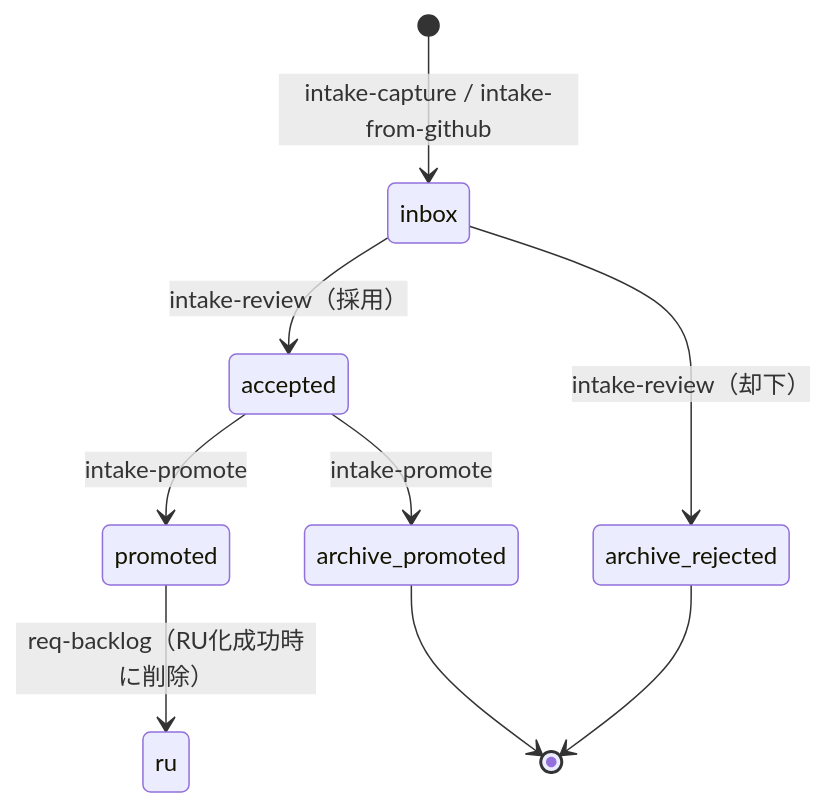
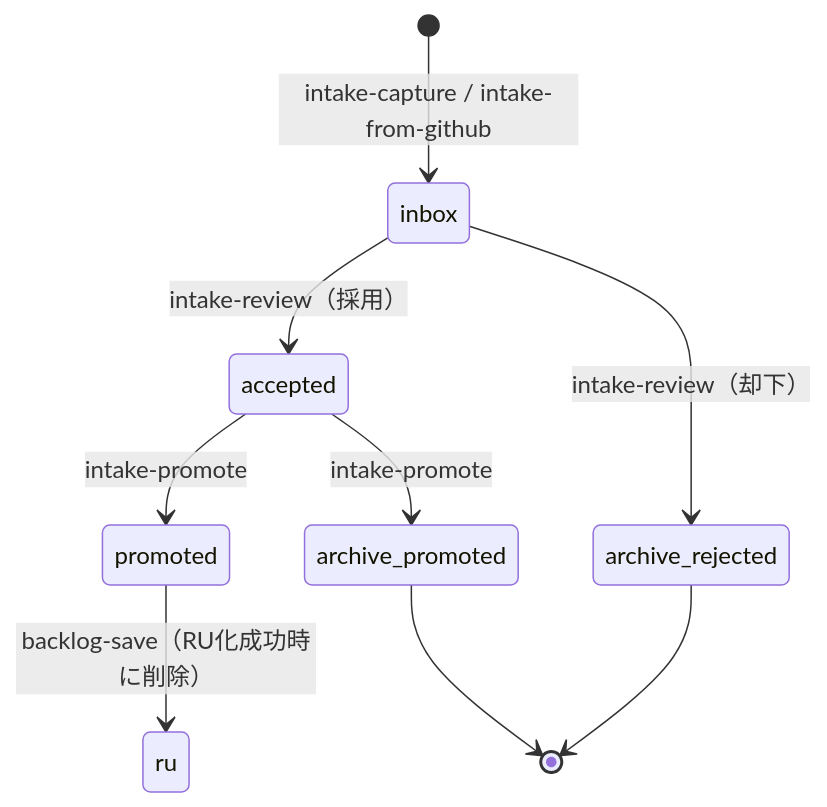
Before and after one commit to yogata/agent-dev-flow: the third of 6 diagrams in docs/guides/domain-state-lifecycle.md, drawn with Mermaid. The commit also changed other lines of this file and 31 other files, not shown here.

First line of the commit message:
feat: backlog-review / backlog-save コマンド分割

````diff
--- a/docs/guides/domain-state-lifecycle.md
+++ b/docs/guides/domain-state-lifecycle.md
@@ -80,11 +81,11 @@
 ```mermaid
 stateDiagram-v2
     [*] --> inbox: intake-capture / intake-from-github
     inbox --> accepted: intake-review（採用）
     inbox --> archive_rejected: intake-review（却下）
     accepted --> promoted: intake-promote
     accepted --> archive_promoted: intake-promote
-    promoted --> ru: req-backlog（RU化成功時に削除）
+    promoted --> ru: backlog-save（RU化成功時に削除）
     archive_rejected --> [*]
     archive_promoted --> [*]
 ```
````
